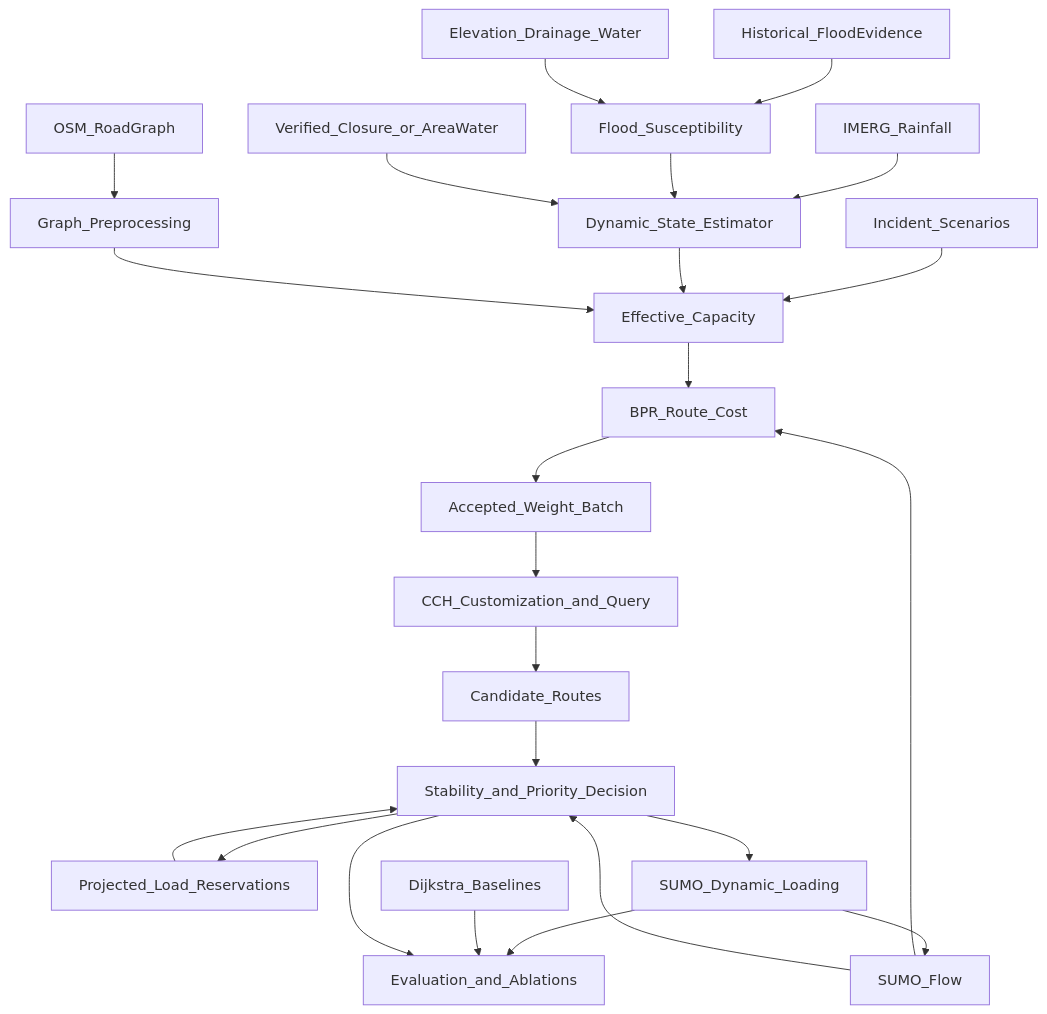
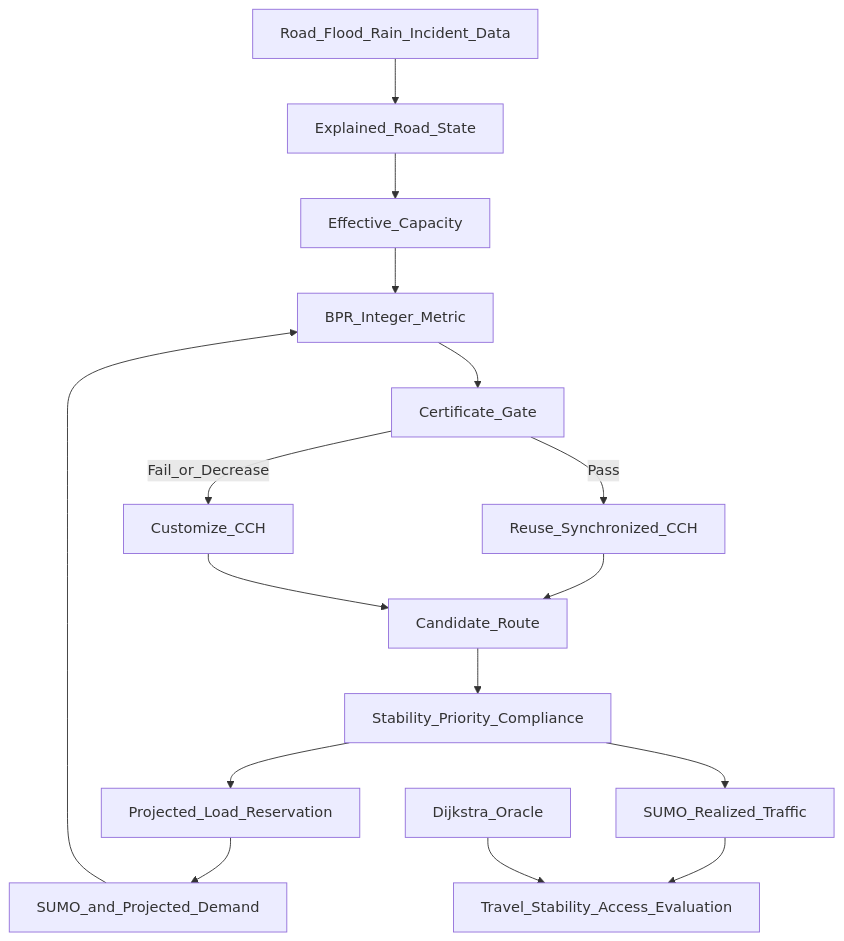
One commit to rohitmichael-alt/chennai-flood-aware-routing changed the diagram in docs/PROJECT_RESEARCH_AND_EVIDENCE.md. Above: the diagram before and after it, drawn with Mermaid. The commit also changed other lines of this file and 11 other files, not shown here.

Commit message:
Restructure research paper and project roadmap

````diff
--- a/docs/PROJECT_RESEARCH_AND_EVIDENCE.md
+++ b/docs/PROJECT_RESEARCH_AND_EVIDENCE.md
@@ -664,26 +386,18 @@
 ```mermaid
 flowchart TD
-    OSM[OSM_RoadGraph] --> GraphPrep[Graph_Preprocessing]
-    FloodHistory[Historical_FloodEvidence] --> Susceptibility[Flood_Susceptibility]
-    Terrain[Elevation_Drainage_Water] --> Susceptibility
-    Rain[IMERG_Rainfall] --> StateEstimator[Dynamic_State_Estimator]
-    Susceptibility --> StateEstimator
-    Observations[Verified_Closure_or_AreaWater] --> StateEstimator
-    Incidents[Incident_Scenarios] --> Capacity[Effective_Capacity]
-    StateEstimator --> Capacity
-    GraphPrep --> Capacity
-    Traffic[SUMO_Flow] --> BPR[BPR_Route_Cost]
+    Data[Road_Flood_Rain_Incident_Data] --> State[Explained_Road_State]
+    State --> Capacity[Effective_Capacity]
+    Demand[SUMO_and_Projected_Demand] --> BPR[BPR_Integer_Metric]
     Capacity --> BPR
-    BPR --> UpdateBatch[Accepted_Weight_Batch]
-    UpdateBatch --> CCH[CCH_Customization_and_Query]
-    CCH --> Candidates[Candidate_Routes]
-    Candidates --> Decision[Stability_and_Priority_Decision]
-    Traffic --> Decision
-    Decision --> Reservations[Projected_Load_Reservations]
-    Reservations --> Decision
-    Decision --> SUMO[SUMO_Dynamic_Loading]
-    SUMO --> Traffic
-    SUMO --> Evaluation[Evaluation_and_Ablations]
-    Dijkstra[Dijkstra_Baselines] --> Evaluation
-    Decision --> Evaluation
+    BPR --> Gate[Certificate_Gate]
+    Gate -->|Pass| CCHOld[Reuse_Synchronized_CCH]
+    Gate -->|Fail_or_Decrease| CCHNew[Customize_CCH]
+    CCHOld --> Candidate[Candidate_Route]
+    CCHNew --> Candidate
+    Candidate --> Policy[Stability_Priority_Compliance]
+    Policy --> Reservation[Projected_Load_Reservation]
+    Reservation --> Demand
+    Policy --> SUMO[SUMO_Realized_Traffic]
+    SUMO --> Evaluation[Travel_Stability_Access_Evaluation]
+    Dijkstra[Dijkstra_Oracle] --> Evaluation
 ```
````
